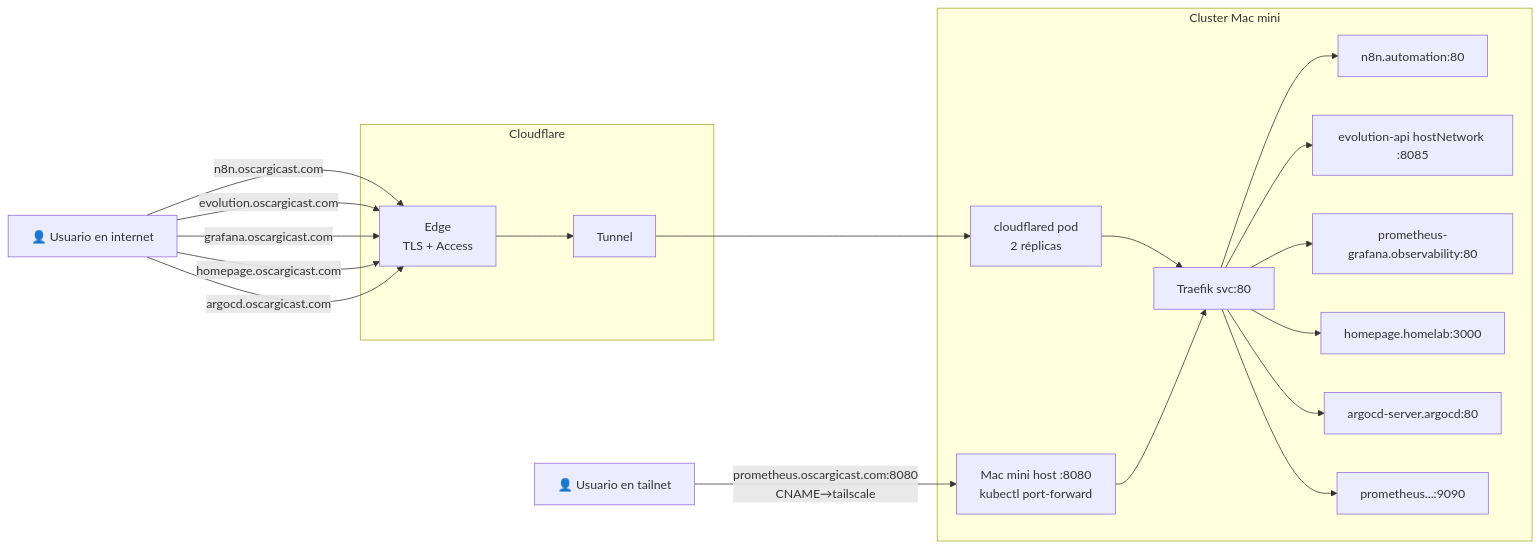
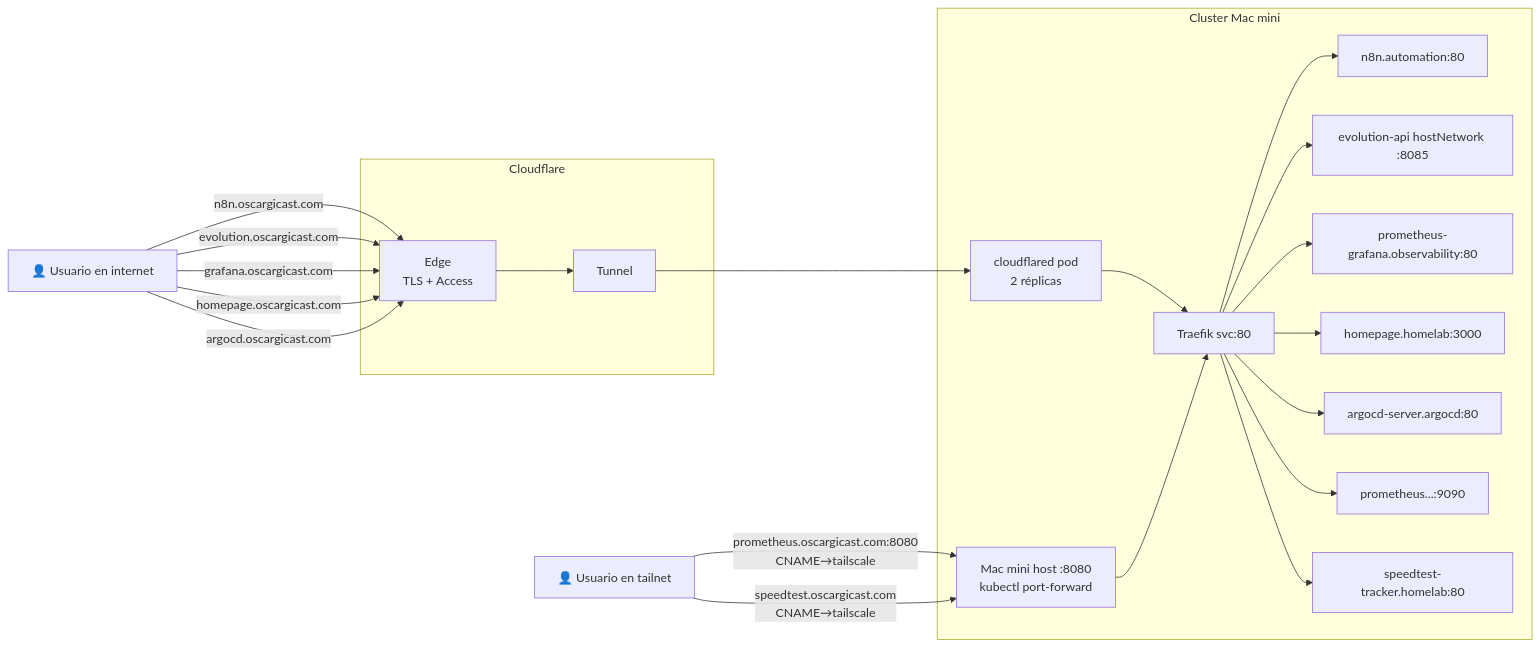
One commit to oscargicast/homelab-k8s changed the second of 2 diagrams in README.md. Above: the diagram before and after it, drawn with Mermaid. The commit also changed other lines of this file and 1 other file, not shown here.

First line of the commit message:
docs: sincronizar README.md y CLAUDE.md con speedtest-tracker

````diff
--- a/README.md
+++ b/README.md
@@ -27,40 +27,43 @@
 ```mermaid
 graph LR
     USR_EXT[👤 Usuario en internet]
     USR_INT[👤 Usuario en tailnet]
 
     subgraph CF[Cloudflare]
         EDGE[Edge<br/>TLS + Access]
         TUNNEL[Tunnel]
     end
 
     subgraph CLUSTER[Cluster Mac mini]
         CFD[cloudflared pod<br/>2 réplicas]
         TRA[Traefik svc:80]
         PF8080[Mac mini host :8080<br/>kubectl port-forward]
         N8N[n8n.automation:80]
         EVO[evolution-api hostNetwork :8085]
         GRA[prometheus-grafana.observability:80]
         HOM[homepage.homelab:3000]
         ARGO[argocd-server.argocd:80]
         PROM[prometheus...:9090]
+        SPD[speedtest-tracker.homelab:80]
     end
 
     USR_EXT -->|n8n.oscargicast.com| EDGE
     USR_EXT -->|evolution.oscargicast.com| EDGE
     USR_EXT -->|grafana.oscargicast.com| EDGE
     USR_EXT -->|homepage.oscargicast.com| EDGE
     USR_EXT -->|argocd.oscargicast.com| EDGE
     EDGE --> TUNNEL
     TUNNEL --> CFD
     CFD --> TRA
     TRA --> N8N
     TRA --> EVO
     TRA --> GRA
     TRA --> HOM
     TRA --> ARGO
 
     USR_INT -->|prometheus.oscargicast.com:8080<br/>CNAME→tailscale| PF8080
+    USR_INT -->|speedtest.oscargicast.com<br/>CNAME→tailscale| PF8080
     PF8080 --> TRA
     TRA --> PROM
+    TRA --> SPD
 ```
````
